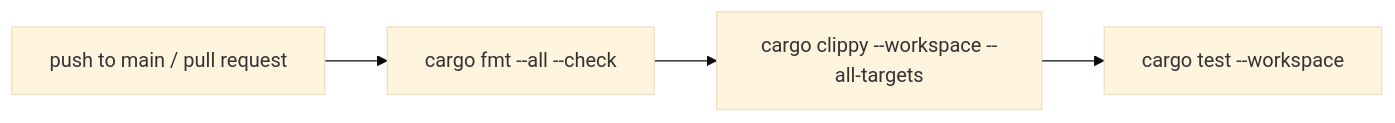
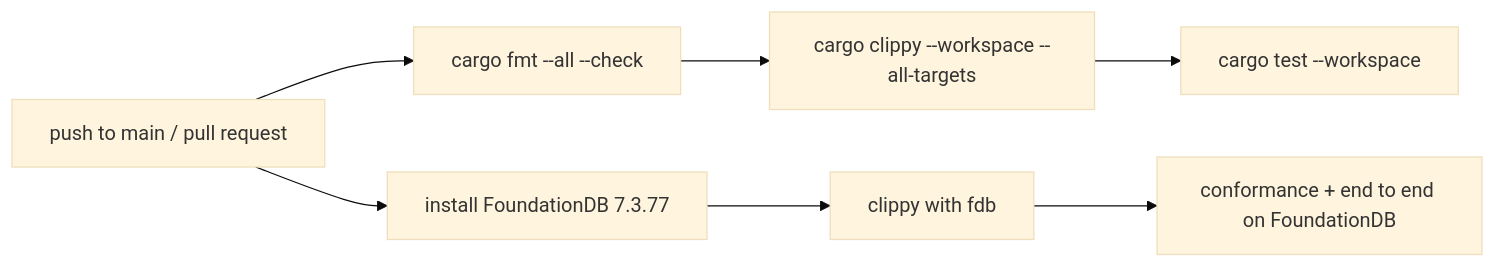
Before and after one commit to envoy1084/rill: the diagram in architecture/09-engineering/development.md, drawn with Mermaid (base theme). The commit also changed other lines of this file and 26 other files, not shown here.

````diff
--- a/architecture/09-engineering/development.md
+++ b/architecture/09-engineering/development.md
@@ -56,6 +88,9 @@
 ```mermaid
 flowchart LR
     Trig[push to main / pull request] --> Fmt[cargo fmt --all --check]
     Fmt --> Clippy[cargo clippy --workspace --all-targets]
     Clippy --> Test[cargo test --workspace]
+    Trig --> Install[install FoundationDB 7.3.77]
+    Install --> FClippy[clippy with fdb]
+    FClippy --> FTest[conformance + end to end on FoundationDB]
 ```
````
